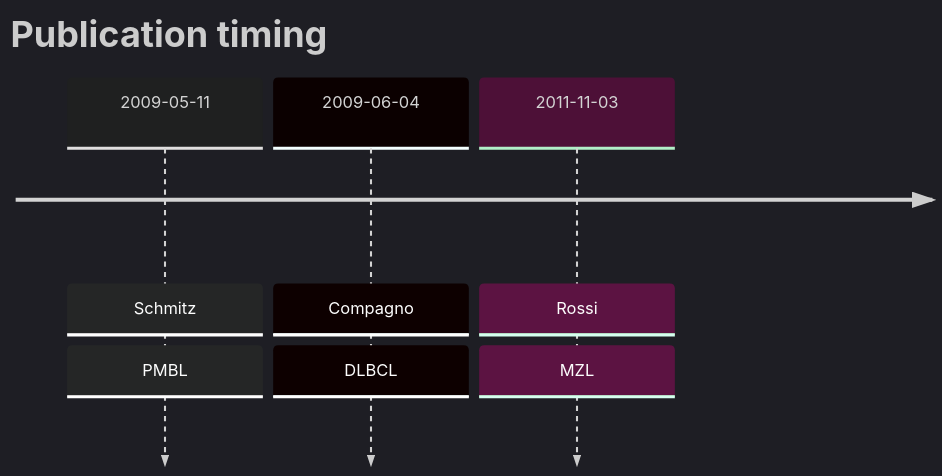
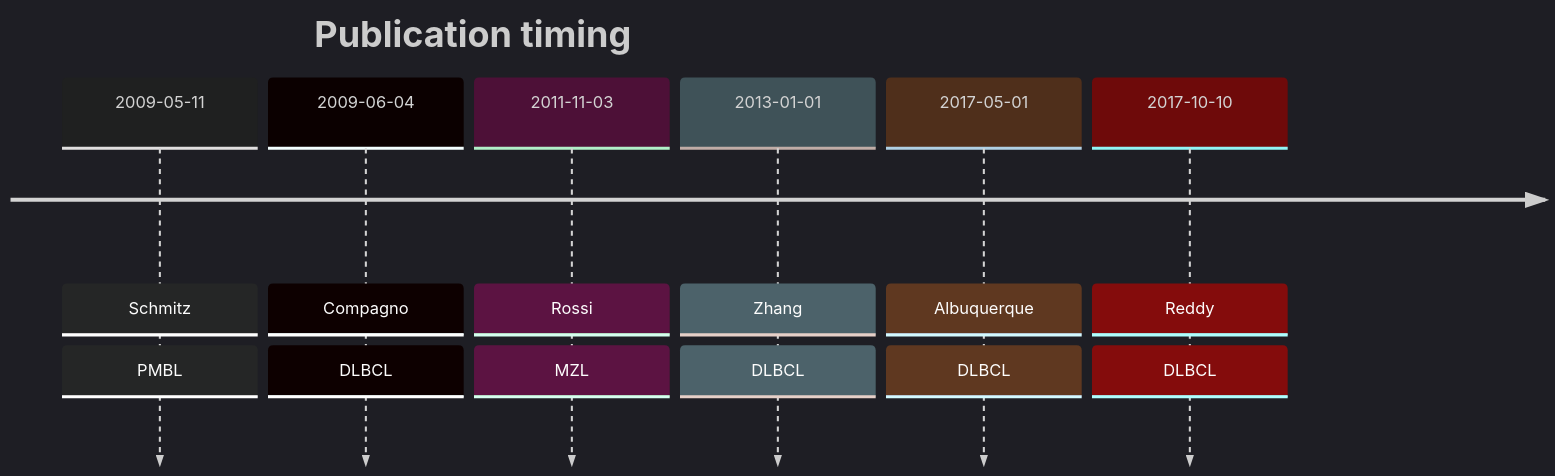
The diagram in TNFAIP3.md (morinlab/lymphopedia), drawn with Mermaid before and after one commit.

Commit message:
update tables

````diff
--- a/TNFAIP3.md
+++ b/TNFAIP3.md
@@ -9,8 +9,11 @@
 ```mermaid
 %%{init: { 'logLevel': 'debug', 'theme': 'dark' } }%%
 timeline
     title Publication timing
       2009-05-11 : Schmitz : PMBL
       2009-06-04 : Compagno : DLBCL
       2011-11-03 : Rossi : MZL
+2013-01-01 : Zhang : DLBCL
+2017-05-01 : Albuquerque : DLBCL
+2017-10-10 : Reddy : DLBCL
 ```
````
